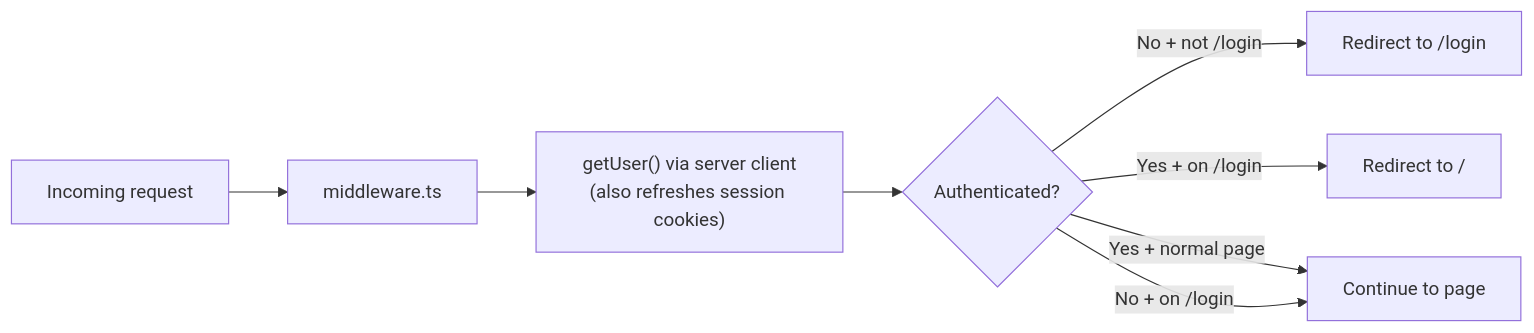
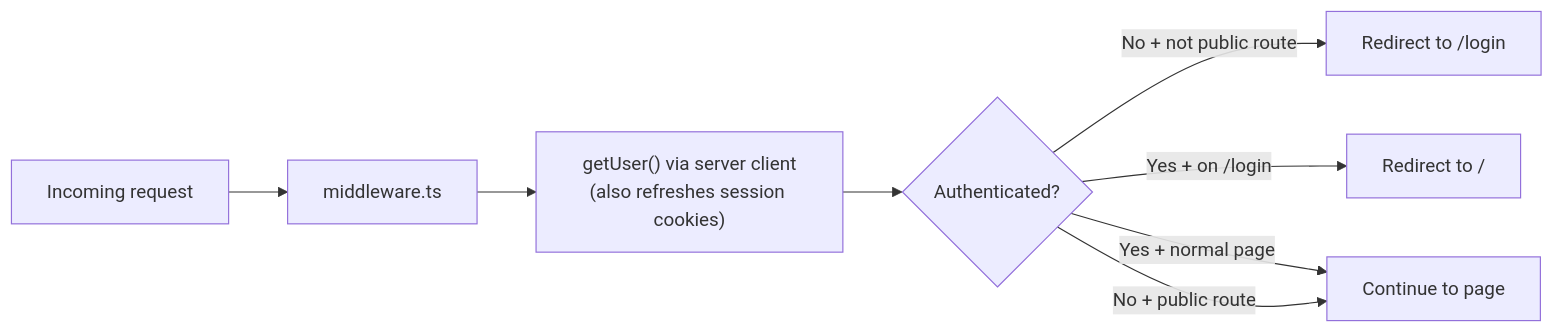
One commit to h2onation/mantle changed the fourth of 4 diagrams in .claude/diagrams/auth-flow.md. Above: the diagram before and after it, drawn with Mermaid. The commit also changed other lines of this file and 4 other files, not shown here.

````diff
--- a/.claude/diagrams/auth-flow.md
+++ b/.claude/diagrams/auth-flow.md
@@ -59,10 +59,10 @@
 ```mermaid
 flowchart LR
     REQ[Incoming request] --> MW[middleware.ts]
     MW --> AUTH["getUser() via server client<br/>(also refreshes session cookies)"]
     AUTH --> CHECK{Authenticated?}
-    CHECK -- "No + not /login" --> REDIR1[Redirect to /login]
+    CHECK -- "No + not public route" --> REDIR1[Redirect to /login]
     CHECK -- "Yes + on /login" --> REDIR2[Redirect to /]
     CHECK -- "Yes + normal page" --> PASS[Continue to page]
-    CHECK -- "No + on /login" --> PASS
+    CHECK -- "No + public route" --> PASS
 ```
````
